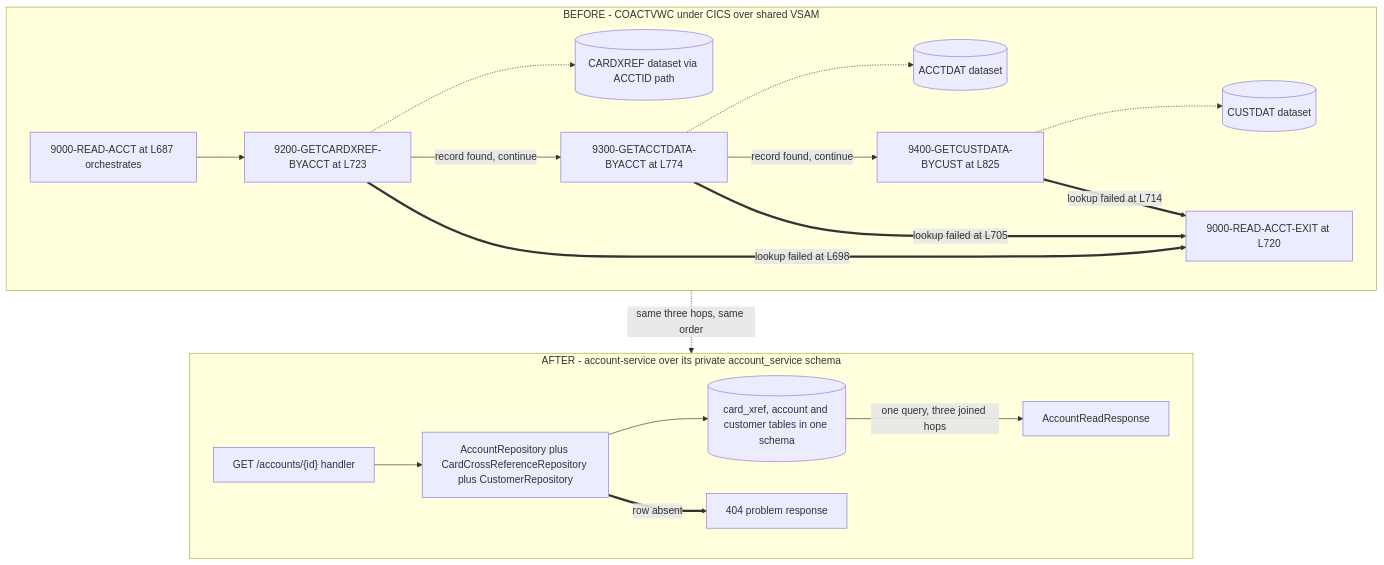
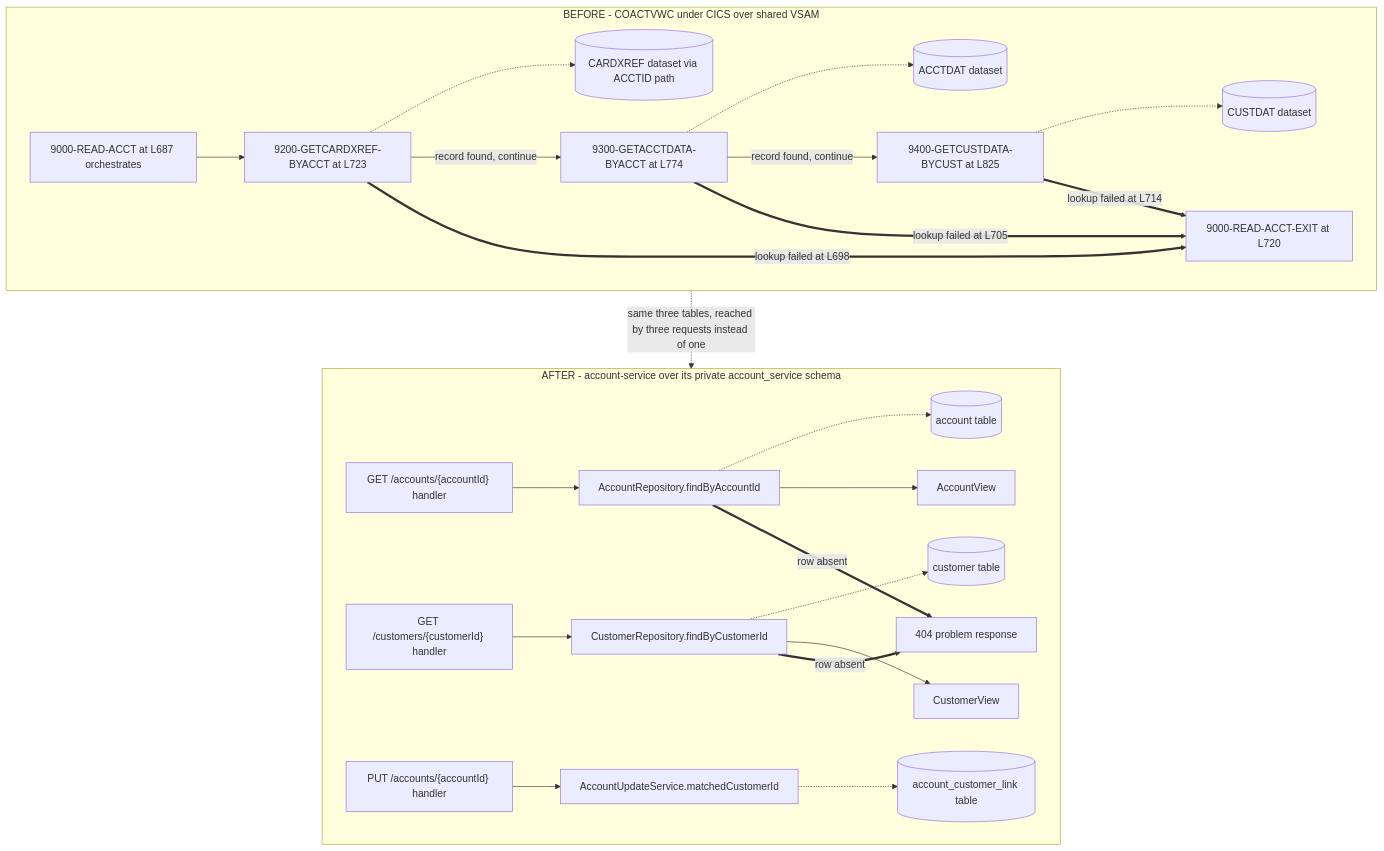
Before and after one commit to blitzy-public-samples/aws-carddemo-blitzy: the diagram in card-platform/services/account-service/README.md, drawn with Mermaid. The commit also changed other lines of this file and 540 other files, not shown here.

````diff
--- a/card-platform/services/account-service/README.md
+++ b/card-platform/services/account-service/README.md
@@ -333,38 +402,54 @@
 ```mermaid
 graph TB
     subgraph BEFORE["BEFORE - COACTVWC under CICS over shared VSAM"]
         B0["9000-READ-ACCT at L687 orchestrates"]
         B1["9200-GETCARDXREF-BYACCT at L723"]
         B2["9300-GETACCTDATA-BYACCT at L774"]
         B3["9400-GETCUSTDATA-BYCUST at L825"]
         BX[("CARDXREF dataset via ACCTID path")]
         BA[("ACCTDAT dataset")]
         BC[("CUSTDAT dataset")]
         BE["9000-READ-ACCT-EXIT at L720"]
 
         B0 --> B1
         B1 -.-> BX
         B1 -->|"record found, continue"| B2
         B2 -.-> BA
         B2 -->|"record found, continue"| B3
         B3 -.-> BC
         B1 ==>|"lookup failed at L698"| BE
         B2 ==>|"lookup failed at L705"| BE
         B3 ==>|"lookup failed at L714"| BE
     end
 
     subgraph AFTER["AFTER - account-service over its private account_service schema"]
-        A0["GET /accounts/{id} handler"]
-        A1["AccountRepository plus CardCrossReferenceRepository plus CustomerRepository"]
-        AT[("card_xref, account and customer tables in one schema")]
-        A2["AccountReadResponse"]
+        A0["GET /accounts/{accountId} handler"]
+        A1["AccountRepository.findByAccountId"]
+        AT[("account table")]
+        A2["AccountView"]
+
+        C0["GET /customers/{customerId} handler"]
+        C1["CustomerRepository.findByCustomerId"]
+        CT[("customer table")]
+        C2["CustomerView"]
+
+        U0["PUT /accounts/{accountId} handler"]
+        U1["AccountUpdateService.matchedCustomerId"]
+        UT[("account_customer_link table")]
+
         AE["404 problem response"]
 
         A0 --> A1
-        A1 --> AT
-        AT -->|"one query, three joined hops"| A2
+        A1 -.-> AT
+        A1 --> A2
+        C0 --> C1
+        C1 -.-> CT
+        C1 --> C2
+        U0 --> U1
+        U1 -.-> UT
         A1 ==>|"row absent"| AE
+        C1 ==>|"row absent"| AE
     end
 
-    BEFORE -.->|"same three hops, same order"| AFTER
+    BEFORE -.->|"same three tables, reached by three requests instead of one"| AFTER
 ```
````
